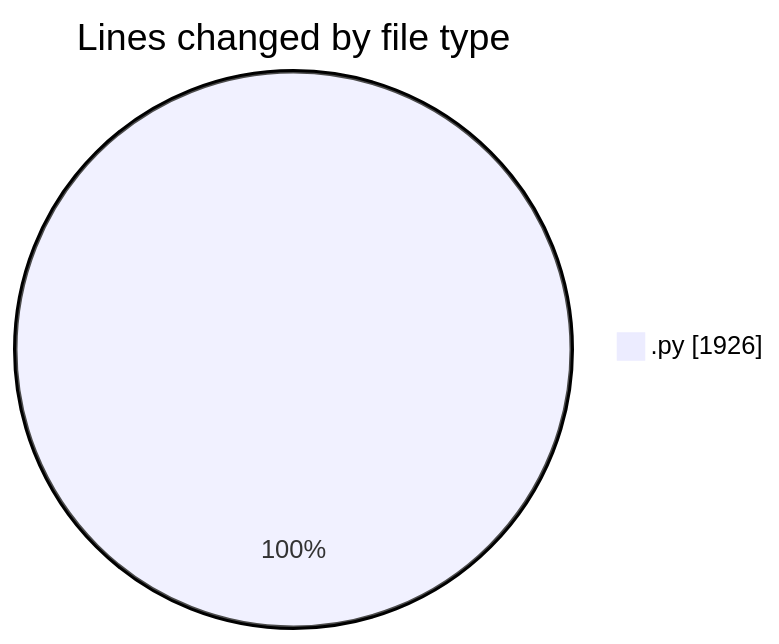
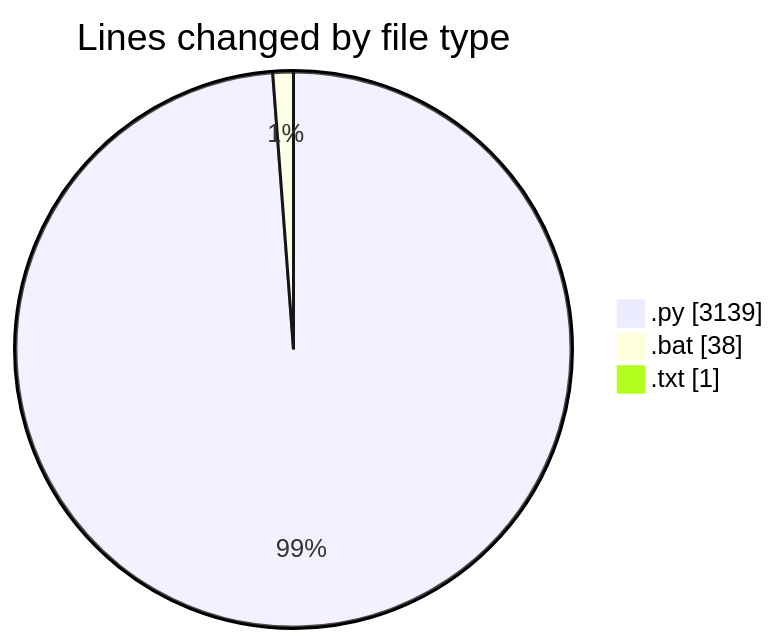
Before and after one commit to lephambinh05/code-tracking: the first of 2 diagrams in 2025-07-21/reg/README.md, drawn with Mermaid. The commit also changed other lines of this file and 1 other file, not shown here.

````diff
--- a/2025-07-21/reg/README.md
+++ b/2025-07-21/reg/README.md
@@ -27,5 +32,7 @@
 ```mermaid
 pie showData
 title Lines changed by file type
-".py" : 1926
+".py" : 3139
+".bat" : 38
+".txt" : 1
 ```
````
